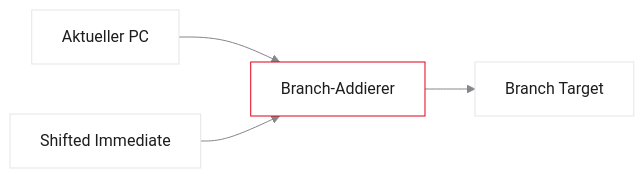
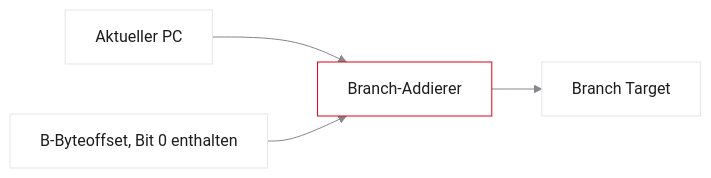
Diagram 29 of 42 in vorlesungen/05_single-cycle-datenpfad.qmd (dantschi/mct1), drawn with Mermaid before and after one commit. The commit also changed other lines of this file and 4 other files, not shown here.

````diff
--- a/vorlesungen/05_single-cycle-datenpfad.qmd
+++ b/vorlesungen/05_single-cycle-datenpfad.qmd
@@ -949,10 +1417,10 @@
 ```{mermaid}
 %%| fig-width: 3.5
 %%{init: {'theme': 'base', 'themeVariables': {'background': '#FFFFFF', 'primaryColor': '#FFFFFF', 'primaryBorderColor': '#E5E5EA', 'primaryTextColor': '#1D1D1F', 'lineColor': '#86868B', 'secondaryColor': '#F5F5F7', 'tertiaryColor': '#FFFFFF', 'mainBkg': '#FFFFFF', 'nodeBorder': '#E5E5EA', 'clusterBkg': '#F5F5F7', 'clusterBorder': '#E5E5EA', 'titleColor': '#1D1D1F', 'edgeLabelBackground': '#FFFFFF'}}}%%
 
 graph LR
   PC[Aktueller PC] --> Adder[Branch-Addierer]
-  Imm[Shifted Immediate] --> Adder
+  Imm[B-Byteoffset, Bit 0 enthalten] --> Adder
   Adder --> Target[Branch Target]
   style Adder fill:#FFFFFF,stroke:#E2001A,stroke-width:2px !important
 ```
````
